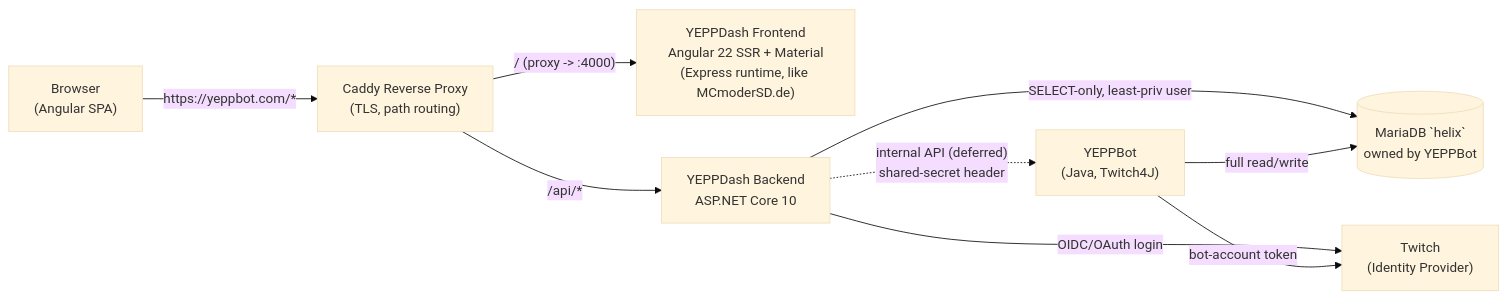
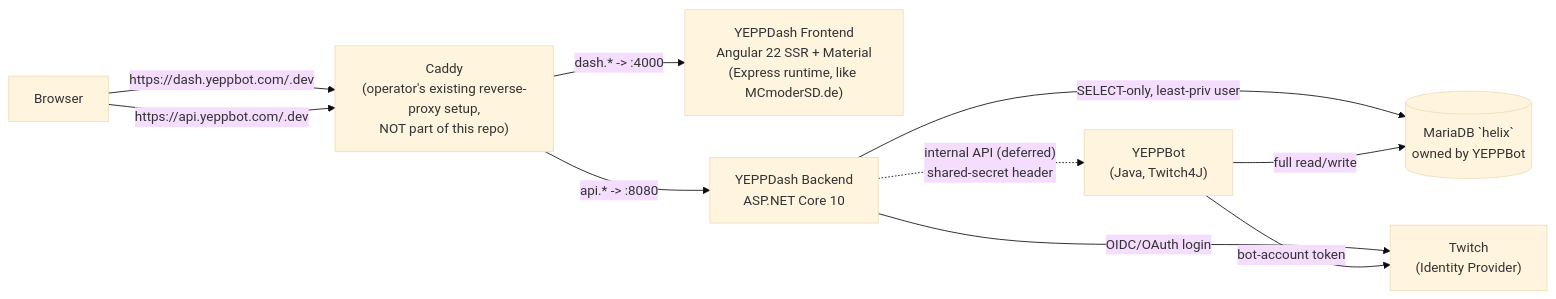
Before and after one commit to MCmoderSD/YEPPDash: the first of 3 diagrams in PLAN.md, drawn with Mermaid (base theme). The commit also changed other lines of this file and 4 other files, not shown here.

First line of the commit message:
Move Caddy out of repo, switch to subdomain routing

````diff
--- a/PLAN.md
+++ b/PLAN.md
@@ -21,11 +21,12 @@
 ```mermaid
 flowchart LR
-    Browser["Browser<br/>(Angular SPA)"] -->|"https://yeppbot.com/*"| Proxy["Caddy Reverse Proxy<br/>(TLS, path routing)"]
-    Proxy -->|"/ (proxy -> :4000)"| FE["YEPPDash Frontend<br/>Angular 22 SSR + Material<br/>(Express runtime, like MCmoderSD.de)"]
-    Proxy -->|"/api/*"| BE["YEPPDash Backend<br/>ASP.NET Core 10"]
+    Browser["Browser"] -->|"https://dash.yeppbot.com/.dev"| Proxy["Caddy<br/>(operator's existing reverse-proxy setup,<br/>NOT part of this repo)"]
+    Browser -->|"https://api.yeppbot.com/.dev"| Proxy
+    Proxy -->|"dash.* -> :4000"| FE["YEPPDash Frontend<br/>Angular 22 SSR + Material<br/>(Express runtime, like MCmoderSD.de)"]
+    Proxy -->|"api.* -> :8080"| BE["YEPPDash Backend<br/>ASP.NET Core 10"]
     BE -->|"SELECT-only, least-priv user"| DB[("MariaDB `helix`<br/>owned by YEPPBot")]
     BE -->|"OIDC/OAuth login"| Twitch["Twitch<br/>(Identity Provider)"]
     BE -.->|"internal API (deferred)<br/>shared-secret header"| Bot["YEPPBot<br/>(Java, Twitch4J)"]
     Bot -->|"full read/write"| DB
     Bot -->|"bot-account token"| Twitch
 ```
````
